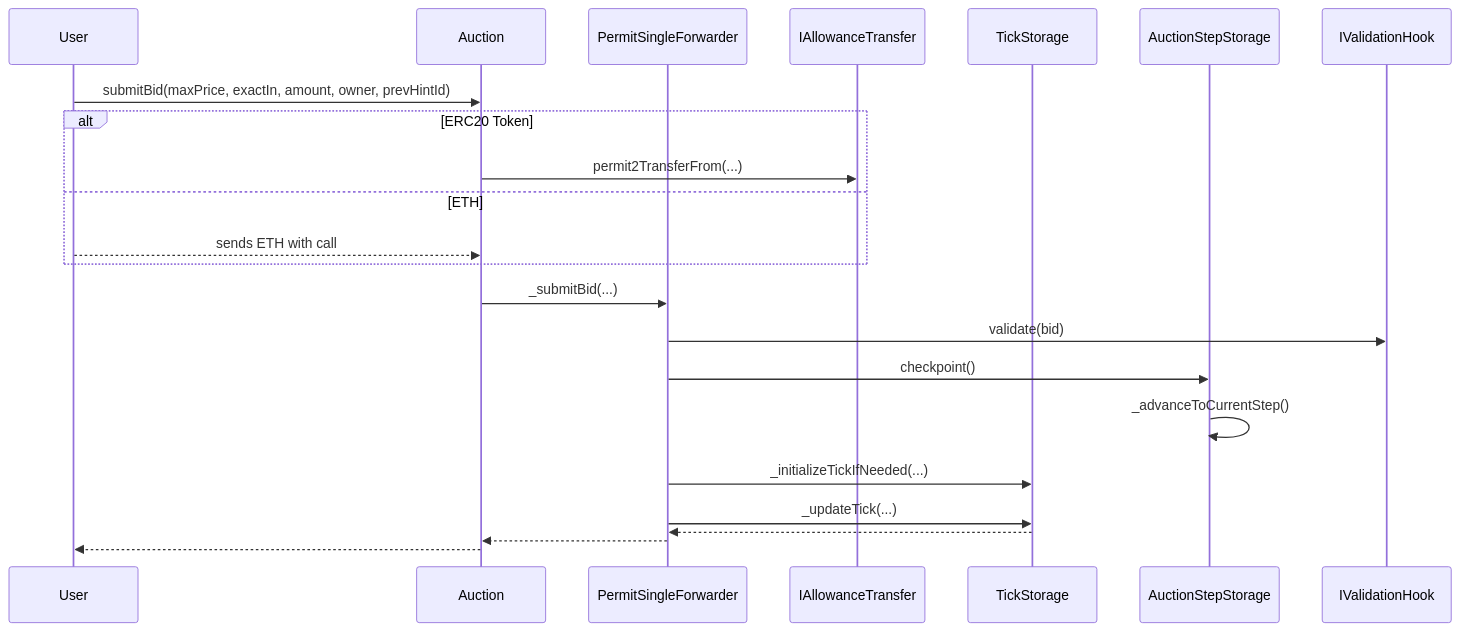
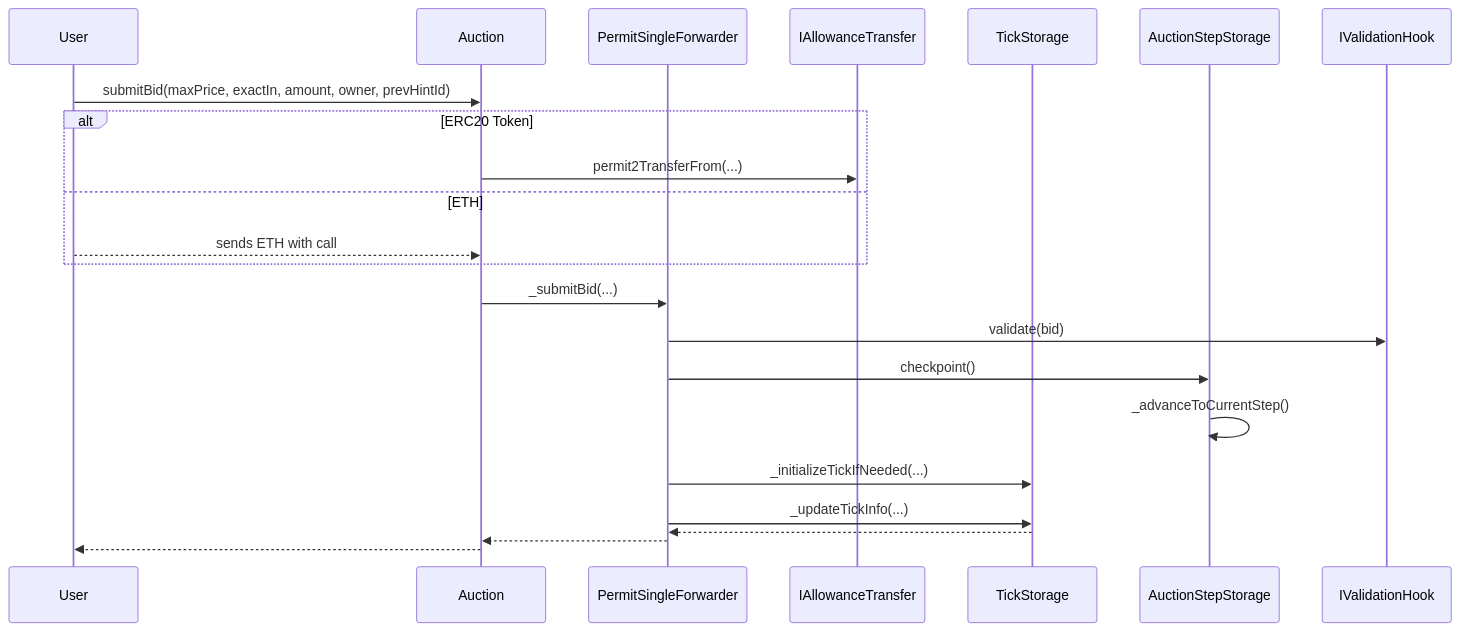
Before and after one commit to Uniswap/continuous-clearing-auction: the fourth of 4 diagrams in README.md, drawn with Mermaid. The commit also changed 6 other files, not shown here.

````diff
--- a/README.md
+++ b/README.md
@@ -116,26 +116,26 @@
 ```mermaid
 sequenceDiagram
     participant User
     participant Auction
     participant PermitSingleForwarder
     participant IAllowanceTransfer
     participant TickStorage
     participant AuctionStepStorage
     participant IValidationHook
 
     User->>Auction: submitBid(maxPrice, exactIn, amount, owner, prevHintId)
     alt ERC20 Token
         Auction->>IAllowanceTransfer: permit2TransferFrom(...)
     else ETH
         User-->>Auction: sends ETH with call
     end
     Auction->>PermitSingleForwarder: _submitBid(...)
     PermitSingleForwarder->>IValidationHook: validate(bid)
     PermitSingleForwarder->>AuctionStepStorage: checkpoint()
     AuctionStepStorage->>AuctionStepStorage: _advanceToCurrentStep()
     PermitSingleForwarder->>TickStorage: _initializeTickIfNeeded(...)
-    PermitSingleForwarder->>TickStorage: _updateTick(...)
+    PermitSingleForwarder->>TickStorage: _updateTickInfo(...)
     TickStorage-->>PermitSingleForwarder:
     PermitSingleForwarder-->>Auction:
     Auction-->>User:
 ```
````
